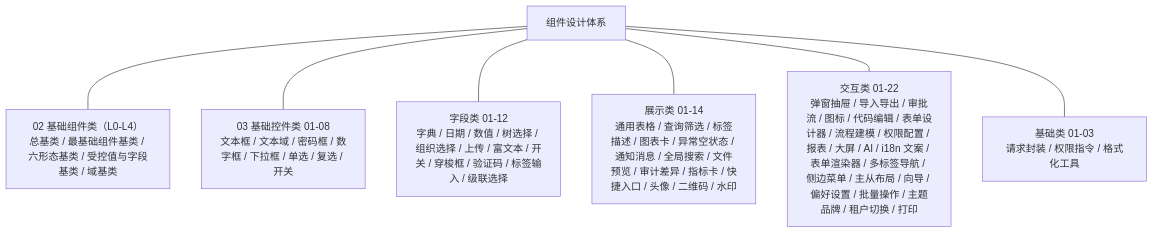
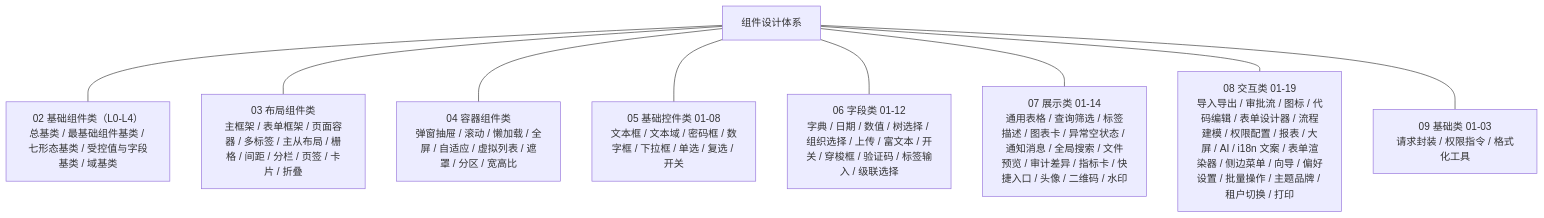
One commit to minjian123/basic-management-system changed the diagram in bms文档/设计/组件设计/01_组件设计_总览.md. Above: the diagram before and after it, drawn with Mermaid. The commit also changed other lines of this file and 243 other files, not shown here.

Commit message:
docs(设计): 组件设计新增 03 布局组件类/04 容器组件类两类并重排编号（08 类：02 基础组件类/03 布局/04 容器/05 基础控件/06 字段/07 展示/08 交互/09 基础类）；迁移多标签导航、树形主从布局入 03、弹窗抽屉入 04，08 交互类重编 01-19；新增 02 L2-07 布局组件基类与 03 布局组件类 9 节点（主框架/表单框架/页面容器/栅格/间距分割线/分栏/内容页签/卡片/折叠面板）及原型；规范/总览/文档首页/规划说明同步

````diff
--- a/bms文档/设计/组件设计/01_组件设计_总览.md
+++ b/bms文档/设计/组件设计/01_组件设计_总览.md
@@ -149,16 +167,20 @@
 ```mermaid
 graph TD
     ROOT["组件设计体系"]
-    F["字段类 01-12<br/>字典 / 日期 / 数值 / 树选择 / 组织选择 / 上传 / 富文本 / 开关 / 穿梭框 / 验证码 / 标签输入 / 级联选择"]
-    D["展示类 01-14<br/>通用表格 / 查询筛选 / 标签描述 / 图表卡 / 异常空状态 / 通知消息 / 全局搜索 / 文件预览 / 审计差异 / 指标卡 / 快捷入口 / 头像 / 二维码 / 水印"]
-    I["交互类 01-22<br/>弹窗抽屉 / 导入导出 / 审批流 / 图标 / 代码编辑 / 表单设计器 / 流程建模 / 权限配置 / 报表 / 大屏 / AI / i18n 文案 / 表单渲染器 / 多标签导航 / 侧边菜单 / 主从布局 / 向导 / 偏好设置 / 批量操作 / 主题品牌 / 租户切换 / 打印"]
-    B["基础类 01-03<br/>请求封装 / 权限指令 / 格式化工具"]
-    BASE["02 基础组件类（L0-L4）<br/>总基类 / 最基础组件基类 / 六形态基类 / 受控值与字段基类 / 域基类"]
-    CTRL["03 基础控件类 01-08<br/>文本框 / 文本域 / 密码框 / 数字框 / 下拉框 / 单选 / 复选 / 开关"]
+    BASE["02 基础组件类（L0-L4）<br/>总基类 / 最基础组件基类 / 七形态基类 / 受控值与字段基类 / 域基类"]
+    LAY["03 布局组件类<br/>主框架 / 表单框架 / 页面容器 / 多标签 / 主从布局 / 栅格 / 间距 / 分栏 / 页签 / 卡片 / 折叠"]
+    BOX["04 容器组件类<br/>弹窗抽屉 / 滚动 / 懒加载 / 全屏 / 自适应 / 虚拟列表 / 遮罩 / 分区 / 宽高比"]
+    CTRL["05 基础控件类 01-08<br/>文本框 / 文本域 / 密码框 / 数字框 / 下拉框 / 单选 / 复选 / 开关"]
+    F["06 字段类 01-12<br/>字典 / 日期 / 数值 / 树选择 / 组织选择 / 上传 / 富文本 / 开关 / 穿梭框 / 验证码 / 标签输入 / 级联选择"]
+    D["07 展示类 01-14<br/>通用表格 / 查询筛选 / 标签描述 / 图表卡 / 异常空状态 / 通知消息 / 全局搜索 / 文件预览 / 审计差异 / 指标卡 / 快捷入口 / 头像 / 二维码 / 水印"]
+    I["08 交互类 01-19<br/>导入导出 / 审批流 / 图标 / 代码编辑 / 表单设计器 / 流程建模 / 权限配置 / 报表 / 大屏 / AI / i18n 文案 / 表单渲染器 / 侧边菜单 / 向导 / 偏好设置 / 批量操作 / 主题品牌 / 租户切换 / 打印"]
+    B["09 基础类 01-03<br/>请求封装 / 权限指令 / 格式化工具"]
     ROOT --- BASE
+    ROOT --- LAY
+    ROOT --- BOX
     ROOT --- CTRL
     ROOT --- F
     ROOT --- D
     ROOT --- I
     ROOT --- B
 ```
````
